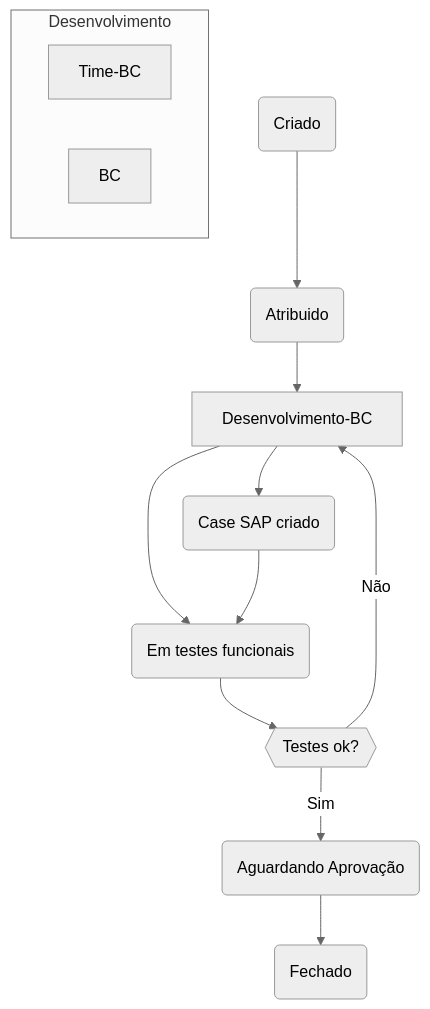
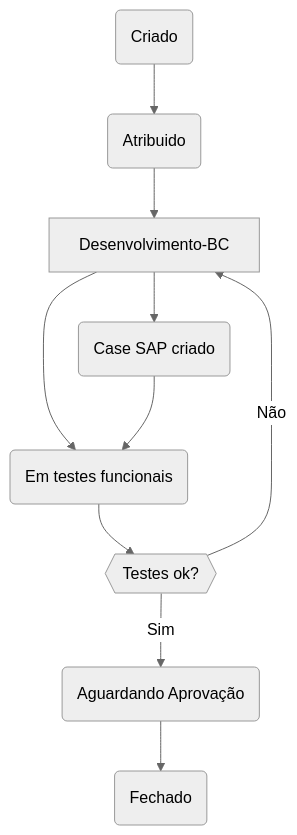
Before and after one commit to edmilson-nascimento/Quermesse: the third of 3 diagrams in README.md, drawn with Mermaid (neutral theme).

````diff
--- a/README.md
+++ b/README.md
@@ -118,26 +118,16 @@
 ```mermaid
 flowchart TD
-  subgraph Desenvolvimento
-    Time-BC
-  end
 
     Q1(Criado) --> Q2(Atribuido)
     Q2 --> Desenvolvimento-BC
-%%  Q2 --> Q3(Em desenvolvimento-BC)
-%%  Q3 --> Q4(Em Teste-Funcional)
     Desenvolvimento-BC --> Q4(Em testes funcionais)
 
 
     Q4 --> QQ{{Testes ok?}}
     QQ -- Sim --> Q5(Aguardando Aprovação)
     QQ -- Não --> Desenvolvimento-BC
     Desenvolvimento-BC --> Q6(Case SAP criado)
     Q6 --> Q4
     Q5 --> Q9(Fechado)
 
-  subgraph Desenvolvimento
-    BC
-  end
-
-
 ```
````
